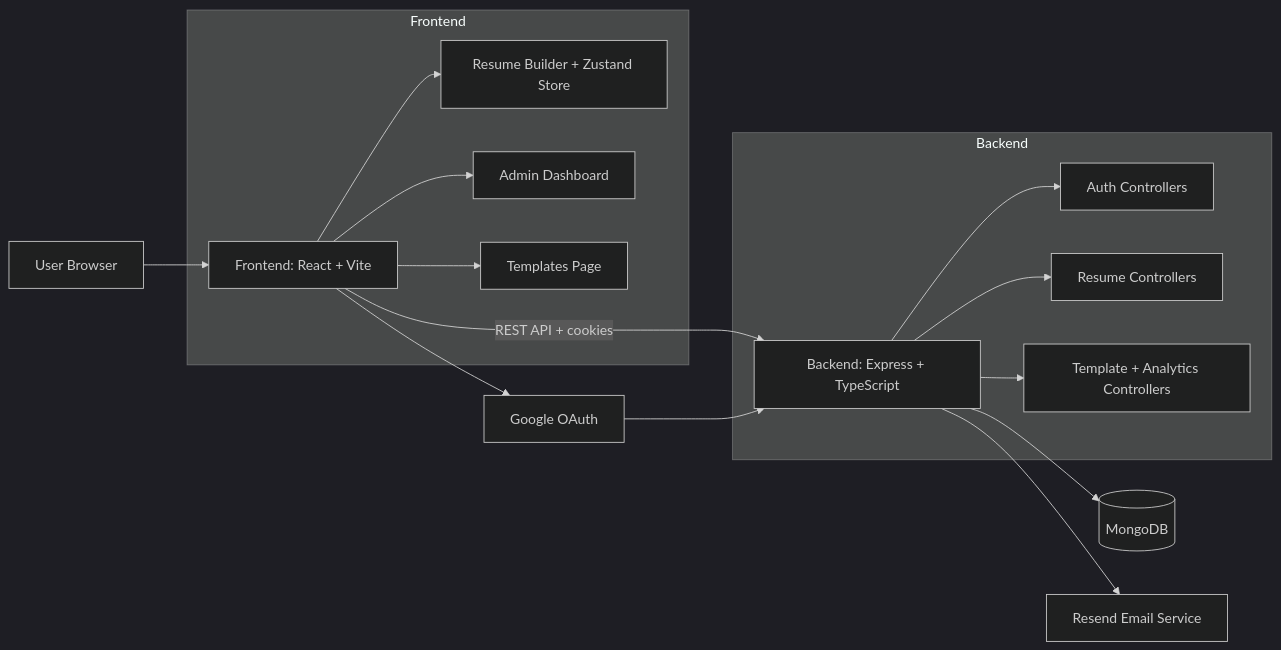
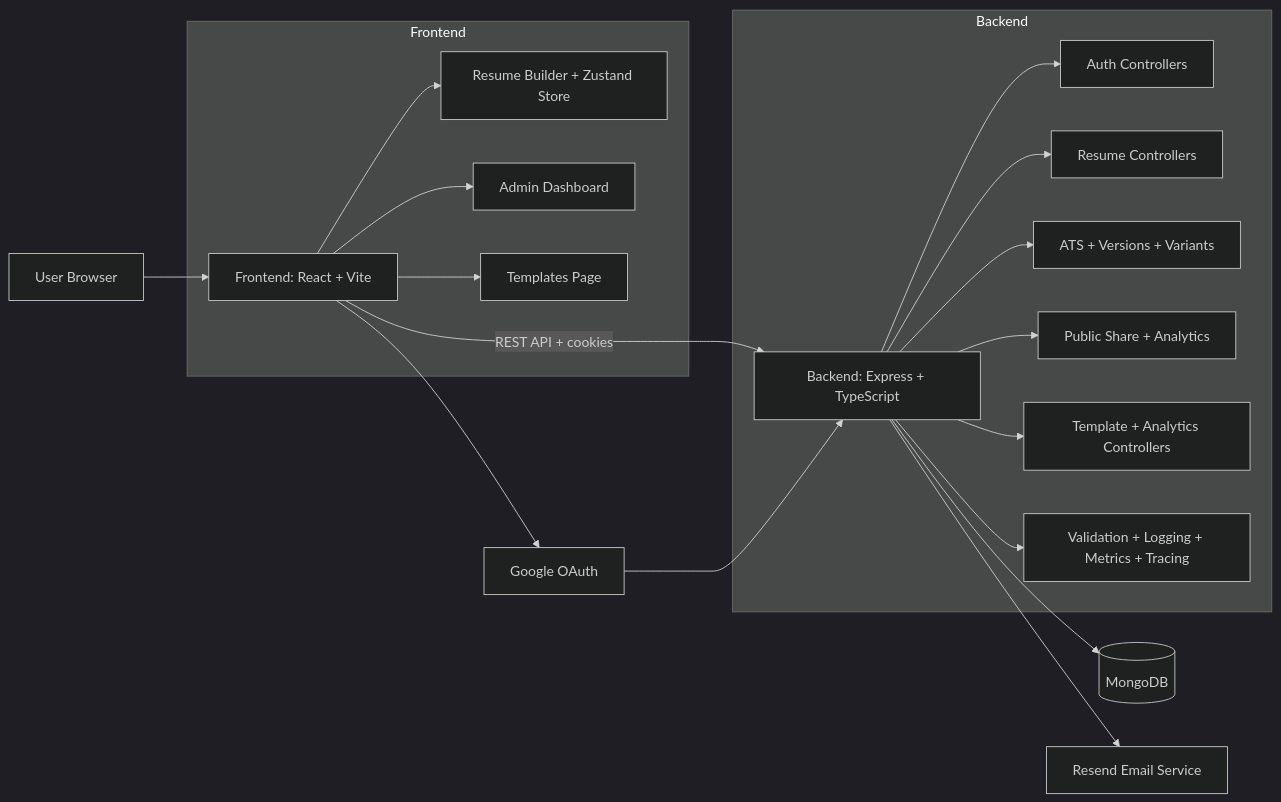
The first of 4 diagrams in README.md (Rahul-Karki/Resume-Builder-Project), drawn with Mermaid (dark theme) before and after one commit. The commit also changed other lines of this file, not shown here.

````diff
--- a/README.md
+++ b/README.md
@@ -61,21 +97,24 @@
 ```mermaid
 flowchart LR
     U[User Browser] --> FE[Frontend: React + Vite]
     FE -->|REST API + cookies| BE[Backend: Express + TypeScript]
     BE --> DB[(MongoDB)]
     BE --> RS[Resend Email Service]
     FE --> G[Google OAuth]
     G --> BE
 
     subgraph Frontend
       FE --> RB[Resume Builder + Zustand Store]
       FE --> AP[Admin Dashboard]
       FE --> TP[Templates Page]
     end
 
     subgraph Backend
       BE --> AUTH[Auth Controllers]
       BE --> RESUME[Resume Controllers]
+      BE --> PRO[ATS + Versions + Variants]
+      BE --> SHARE[Public Share + Analytics]
       BE --> TEMPLATE[Template + Analytics Controllers]
+      BE --> OBS[Validation + Logging + Metrics + Tracing]
     end
 ```
````
